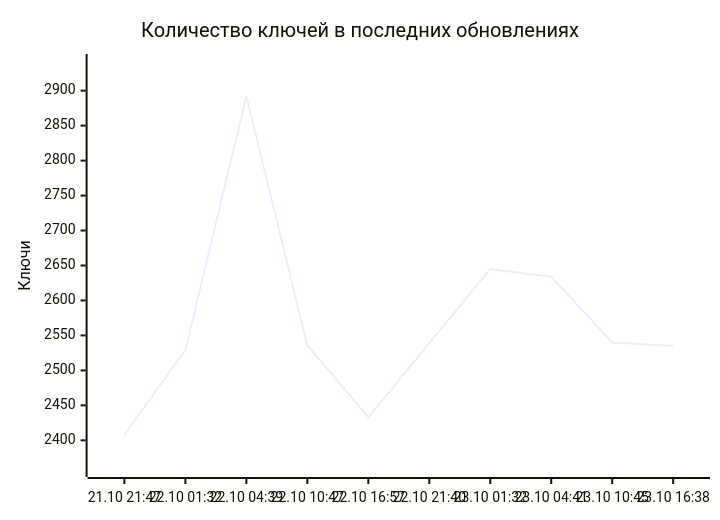
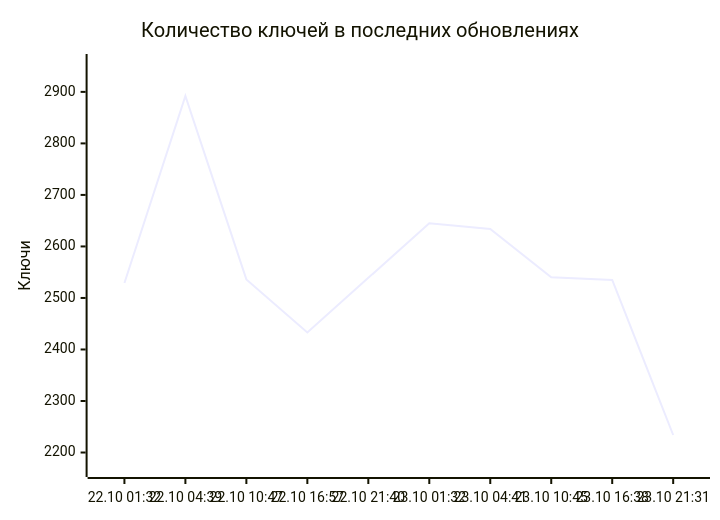
One commit to markKikhtenko/WireVeil changed the diagram in README.md. Above: the diagram before and after it, drawn with Mermaid. The commit also changed other lines of this file and 13 other files, not shown here.

````diff
--- a/README.md
+++ b/README.md
@@ -55,7 +55,7 @@
 ```mermaid
 xychart-beta
     title "Количество ключей в последних обновлениях"
-    x-axis ["21.10 21:47", "22.10 01:32", "22.10 04:39", "22.10 10:47", "22.10 16:57", "22.10 21:40", "23.10 01:32", "23.10 04:41", "23.10 10:45", "23.10 16:38"]
-    y-axis "Ключи" 2359 --> 2941
-    line [2408, 2529, 2892, 2536, 2433, 2539, 2645, 2634, 2540, 2535]
+    x-axis ["22.10 01:32", "22.10 04:39", "22.10 10:47", "22.10 16:57", "22.10 21:40", "23.10 01:32", "23.10 04:41", "23.10 10:45", "23.10 16:38", "23.10 21:31"]
+    y-axis "Ключи" 2168 --> 2958
+    line [2529, 2892, 2536, 2433, 2539, 2645, 2634, 2540, 2535, 2234]
 ```
````
